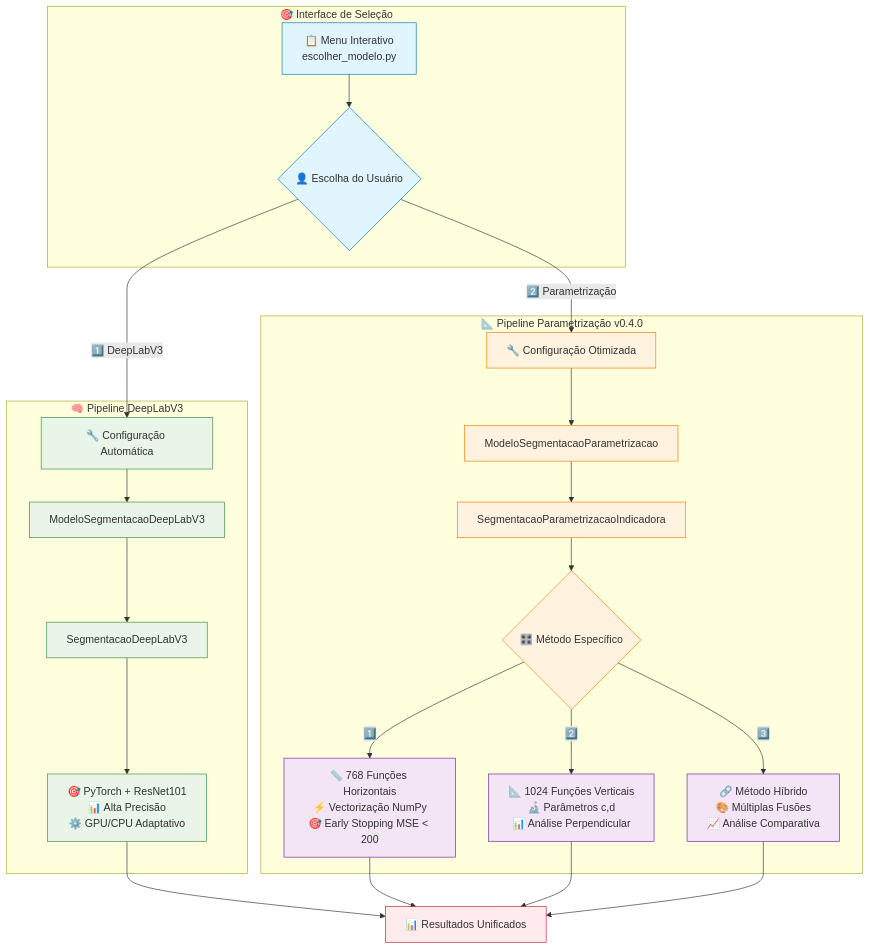
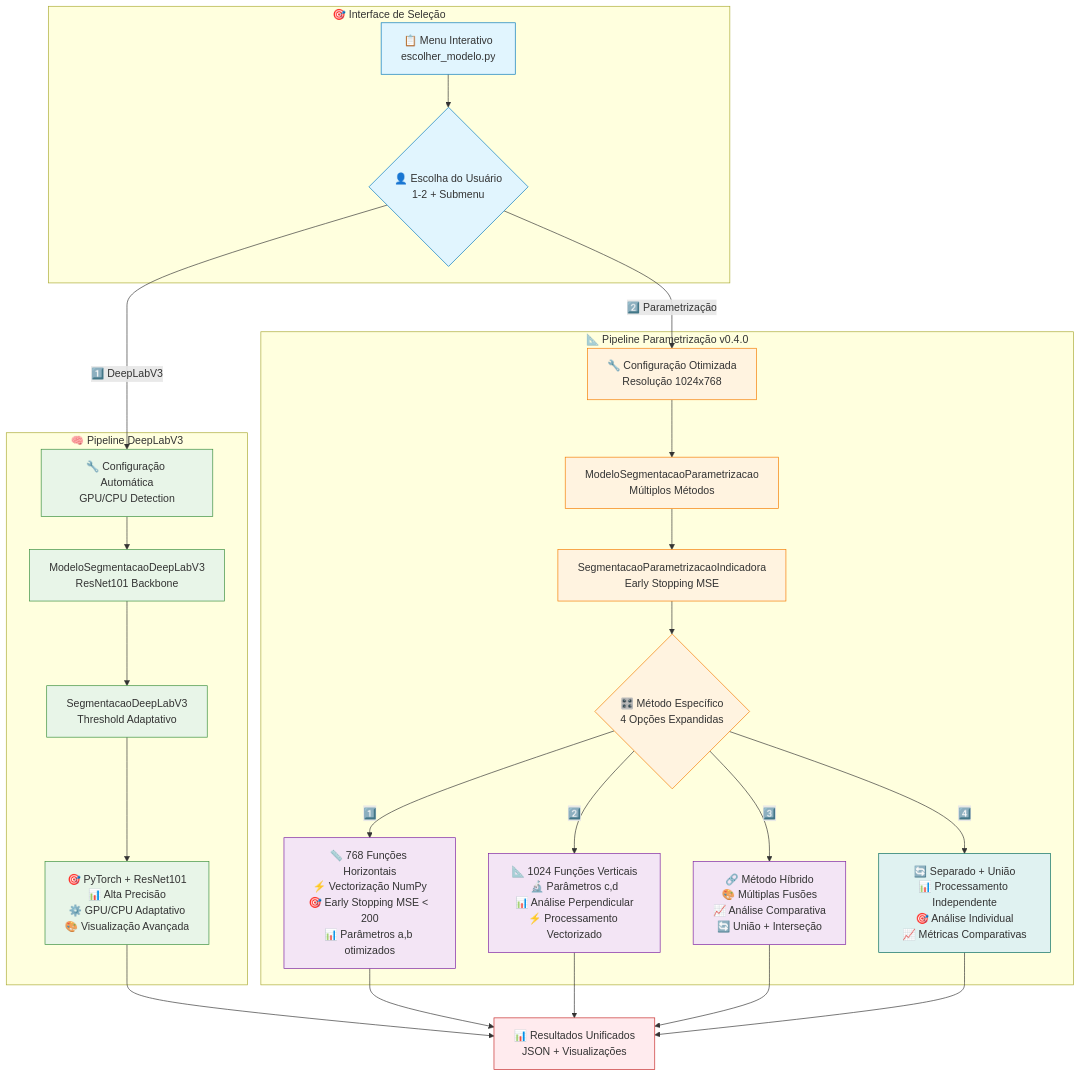
Before and after one commit to danilorigitano/DesafioInovia-dev: the third of 12 diagrams in README.md, drawn with Mermaid. The commit also changed other lines of this file and 5 other files, not shown here.

````diff
--- a/README.md
+++ b/README.md
@@ -129,54 +133,58 @@
 ```mermaid
 graph TB
     subgraph "🎯 Interface de Seleção"
         Menu[📋 Menu Interativo<br/>escolher_modelo.py]
-        User{👤 Escolha do Usuário}
+        User{👤 Escolha do Usuário<br/>1-2 + Submenu}
         Menu --> User
     end
     
     subgraph "🧠 Pipeline DeepLabV3"
-        DL_Config[🔧 Configuração Automática]
-        DL_Model[ModeloSegmentacaoDeepLabV3]
-        DL_Engine[SegmentacaoDeepLabV3]
-        DL_Features[🎯 PyTorch + ResNet101<br/>📊 Alta Precisão<br/>⚙️ GPU/CPU Adaptativo]
+        DL_Config[🔧 Configuração Automática<br/>GPU/CPU Detection]
+        DL_Model[ModeloSegmentacaoDeepLabV3<br/>ResNet101 Backbone]
+        DL_Engine[SegmentacaoDeepLabV3<br/>Threshold Adaptativo]
+        DL_Features[🎯 PyTorch + ResNet101<br/>📊 Alta Precisão<br/>⚙️ GPU/CPU Adaptativo<br/>🎨 Visualização Avançada]
         
         DL_Config --> DL_Model
         DL_Model --> DL_Engine
         DL_Engine --> DL_Features
     end
     
     subgraph "📐 Pipeline Parametrização v0.4.0"
-        Param_Config[🔧 Configuração Otimizada]
-        Param_Model[ModeloSegmentacaoParametrizacao]
-        Param_Engine[SegmentacaoParametrizacaoIndicadora]
-        Param_Choice{🎛️ Método Específico}
+        Param_Config[🔧 Configuração Otimizada<br/>Resolução 1024x768]
+        Param_Model[ModeloSegmentacaoParametrizacao<br/>Múltiplos Métodos]
+        Param_Engine[SegmentacaoParametrizacaoIndicadora<br/>Early Stopping MSE]
+        Param_Choice{🎛️ Método Específico<br/>4 Opções Expandidas}
         
         Param_Config --> Param_Model
         Param_Model --> Param_Engine
         Param_Engine --> Param_Choice
         
-        Param_Choice -->|1️⃣| Linhas_Features[📏 768 Funções Horizontais<br/>⚡ Vectorização NumPy<br/>🎯 Early Stopping MSE < 200]
-        Param_Choice -->|2️⃣| Colunas_Features[📐 1024 Funções Verticais<br/>🔬 Parâmetros c,d<br/>📊 Análise Perpendicular]
-        Param_Choice -->|3️⃣| Combined_Features[🔗 Método Híbrido<br/>🎨 Múltiplas Fusões<br/>📈 Análise Comparativa]
+        Param_Choice -->|1️⃣| Linhas_Features[📏 768 Funções Horizontais<br/>⚡ Vectorização NumPy<br/>🎯 Early Stopping MSE < 200<br/>📊 Parâmetros a,b otimizados]
+        Param_Choice -->|2️⃣| Colunas_Features[📐 1024 Funções Verticais<br/>🔬 Parâmetros c,d<br/>📊 Análise Perpendicular<br/>⚡ Processamento Vectorizado]
+        Param_Choice -->|3️⃣| Combined_Features[🔗 Método Híbrido<br/>🎨 Múltiplas Fusões<br/>📈 Análise Comparativa<br/>🔄 União + Interseção]
+        Param_Choice -->|4️⃣| Separated_Features[🔄 Separado + União<br/>📊 Processamento Independente<br/>🎯 Análise Individual<br/>📈 Métricas Comparativas]
     end
     
     User -->|1️⃣ DeepLabV3| DL_Config
     User -->|2️⃣ Parametrização| Param_Config
     
-    DL_Features --> Results[📊 Resultados Unificados]
+    DL_Features --> Results[📊 Resultados Unificados<br/>JSON + Visualizações]
     Linhas_Features --> Results
     Colunas_Features --> Results
     Combined_Features --> Results
+    Separated_Features --> Results
     
     classDef interface fill:#E1F5FE,stroke:#0277BD
     classDef deeplab fill:#E8F5E8,stroke:#388E3C
     classDef param fill:#FFF3E0,stroke:#F57C00
     classDef methods fill:#F3E5F5,stroke:#7B1FA2
     classDef output fill:#FFEBEE,stroke:#C62828
+    classDef advanced fill:#E0F2F1,stroke:#00695C
     
     class Menu,User interface
     class DL_Config,DL_Model,DL_Engine,DL_Features deeplab
     class Param_Config,Param_Model,Param_Engine,Param_Choice param
     class Linhas_Features,Colunas_Features,Combined_Features methods
+    class Separated_Features advanced
     class Results output
 ```
````
